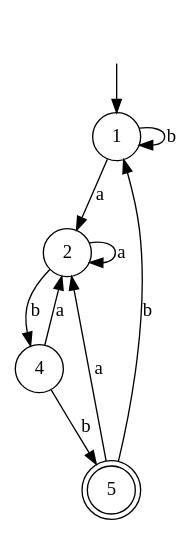
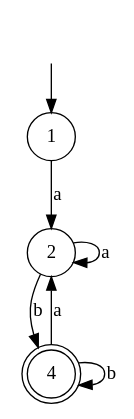
One commit to ihewro/qt-lexical-analyzer changed the diagram in dots/mindfa.dot. Above: the diagram before and after it, drawn with Graphviz. The commit also changed 7 other files, not shown here.

```diff
--- a/dots/mindfa.dot
+++ b/dots/mindfa.dot
@@ -1,17 +1,13 @@
 digraph G{
     ""[shape=none]
     "1"[shape=circle]
     "2"[shape=circle]
-    "4"[shape=circle]
-    "5"[shape=doublecircle]
+    "4"[shape=doublecircle]
 
     ""->"1"
-    "1" -> "1"[label="b"]
     "1" -> "2"[label="a"]
     "2" -> "2"[label="a"]
     "2" -> "4"[label="b"]
     "4" -> "2"[label="a"]
-    "4" -> "5"[label="b"]
-    "5" -> "1"[label="b"]
-    "5" -> "2"[label="a"]
+    "4" -> "4"[label="b"]
 }
```
